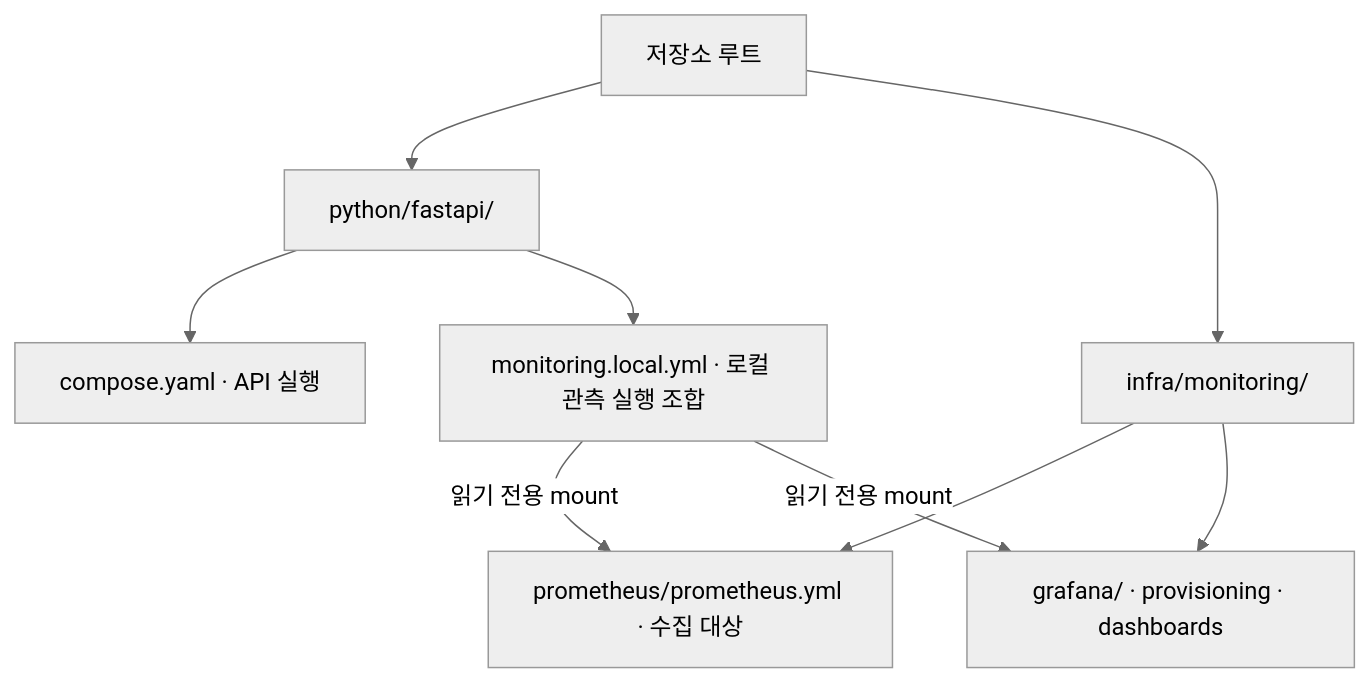
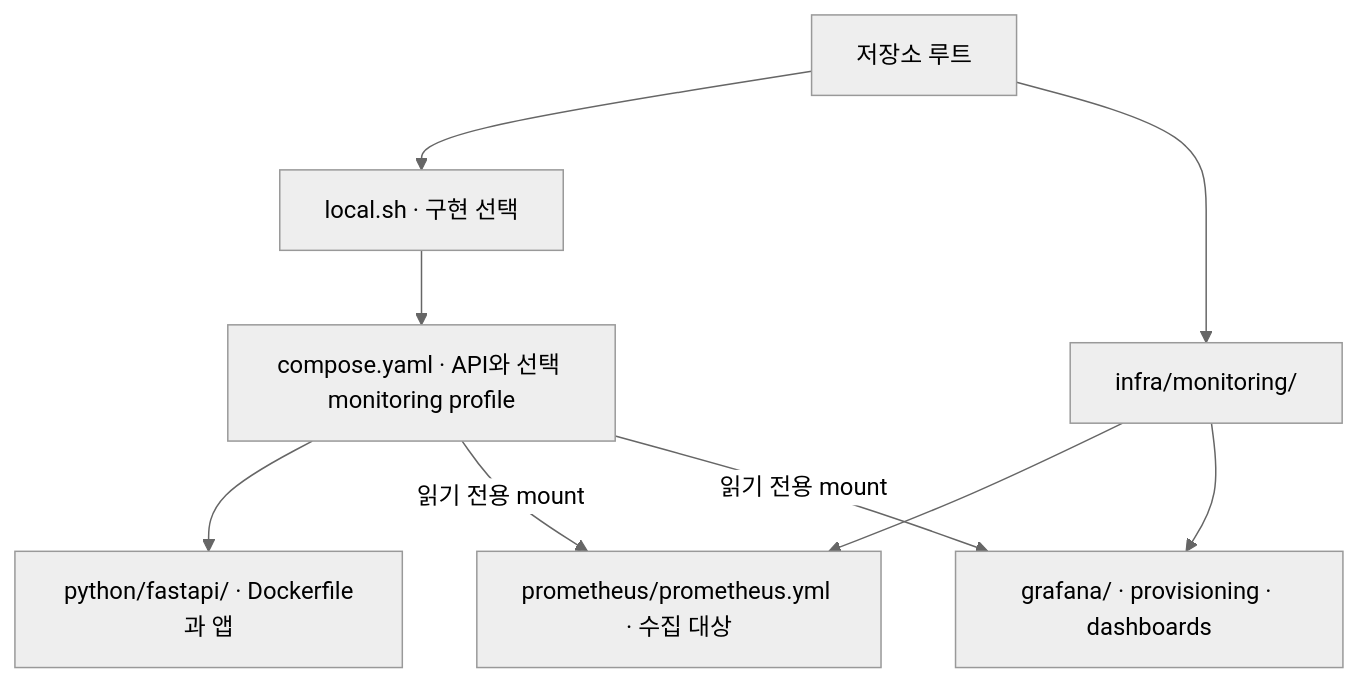
One commit to Dae-Jeong/backend-template changed the third of 3 diagrams in design/implementations/fastapi-structure.md. Above: the diagram before and after it, drawn with Mermaid (neutral theme). The commit also changed other lines of this file and 7 other files, not shown here.

Commit message:
refactor(local): consolidate Compose and select implementation with a script

````diff
--- a/design/implementations/fastapi-structure.md
+++ b/design/implementations/fastapi-structure.md
@@ -126,11 +127,11 @@
 ```mermaid
 flowchart TD
-    ROOT["저장소 루트"] --> APP["python/fastapi/"]
-    APP --> BASE["compose.yaml · API 실행"]
-    APP --> LOCAL["monitoring.local.yml · 로컬 관측 실행 조합"]
+    ROOT["저장소 루트"] --> SELECT["local.sh · 구현 선택"]
+    SELECT --> BASE["compose.yaml · API와 선택 monitoring profile"]
+    BASE --> APP["python/fastapi/ · Dockerfile과 앱"]
     ROOT --> INFRA["infra/monitoring/"]
     INFRA --> PROM["prometheus/prometheus.yml · 수집 대상"]
     INFRA --> GRAFANA["grafana/ · provisioning · dashboards"]
-    LOCAL -->|"읽기 전용 mount"| PROM
-    LOCAL -->|"읽기 전용 mount"| GRAFANA
+    BASE -->|"읽기 전용 mount"| PROM
+    BASE -->|"읽기 전용 mount"| GRAFANA
 ```
````
